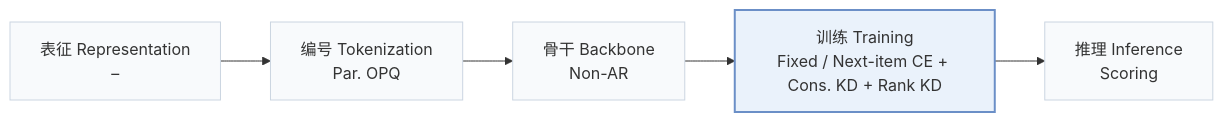
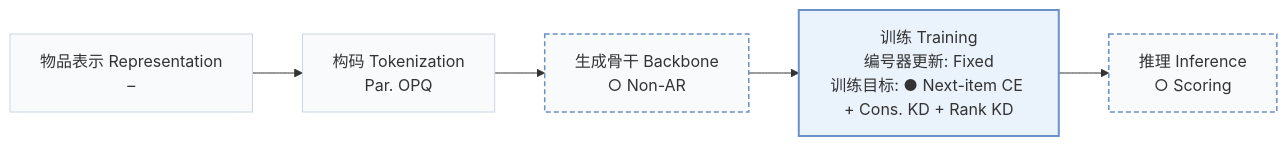
Before and after one commit to Galaxy-ghost/Awesome-SID-Generative-Rec: the first of 2 diagrams in pages/zh/papers/onechord.md, drawn with Mermaid. The commit also changed other lines of this file and 558 other files, not shown here.

````diff
--- a/pages/zh/papers/onechord.md
+++ b/pages/zh/papers/onechord.md
@@ -15,8 +18,10 @@
 ```mermaid
 flowchart LR
-    R["表征 Representation<br/>–"] --> T["编号 Tokenization<br/>Par. OPQ"] --> B["骨干 Backbone<br/>Non-AR"] --> TR["训练 Training<br/>Fixed / Next-item CE + Cons. KD + Rank KD"] --> I["推理 Inference<br/>Scoring"]
+    R["物品表示 Representation<br/>–"] --> T["构码 Tokenization<br/>Par. OPQ"] --> B["生成骨干 Backbone<br/>○ Non-AR"] --> TR["训练 Training<br/>编号器更新: Fixed<br/>训练目标: ● Next-item CE + Cons. KD + Rank KD"] --> I["推理 Inference<br/>○ Scoring"]
     classDef base fill:#f8fafc,stroke:#cbd5e1
     class R,T,B,TR,I base
+    classDef other fill:#f8fafc,stroke:#6b8fc7,stroke-width:1.5px,stroke-dasharray:5 3
+    class B,I other
     classDef main fill:#eaf2fb,stroke:#6b8fc7,stroke-width:2px
     class TR main
 ```
````
